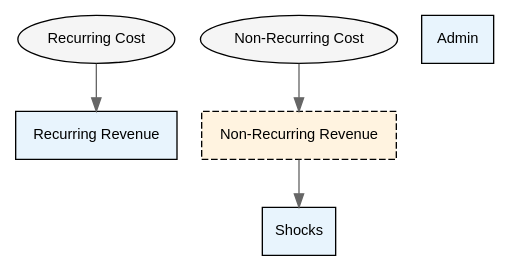
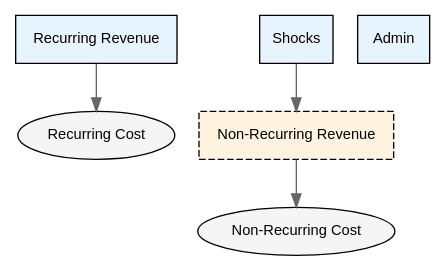
Before and after one commit to tmattio/orcaset-oc: the diagram in next/examples/04-nested-statement/model.dot, drawn with Graphviz. The commit also changed 10 other files, not shown here.

```diff
--- a/next/examples/04-nested-statement/model.dot
+++ b/next/examples/04-nested-statement/model.dot
@@ -1,14 +1,14 @@
 digraph {
   rankdir=TB
   node [fontname="Helvetica" fontsize=11]
   edge [color="#666666"]
   0 [label="Recurring Revenue" shape=box style=filled fillcolor="#E8F4FD"]
   2 [label="Non-Recurring Revenue" shape=box style="filled,dashed" fillcolor="#FFF3E0"]
   1 [label="Shocks" shape=box style=filled fillcolor="#E8F4FD"]
   3 [label="Recurring Cost" shape=ellipse style=filled fillcolor="#F5F5F5"]
   4 [label="Non-Recurring Cost" shape=ellipse style=filled fillcolor="#F5F5F5"]
   5 [label="Admin" shape=box style=filled fillcolor="#E8F4FD"]
-  2 -> 1
-  3 -> 0
-  4 -> 2
+  1 -> 2
+  0 -> 3
+  2 -> 4
 }
```
